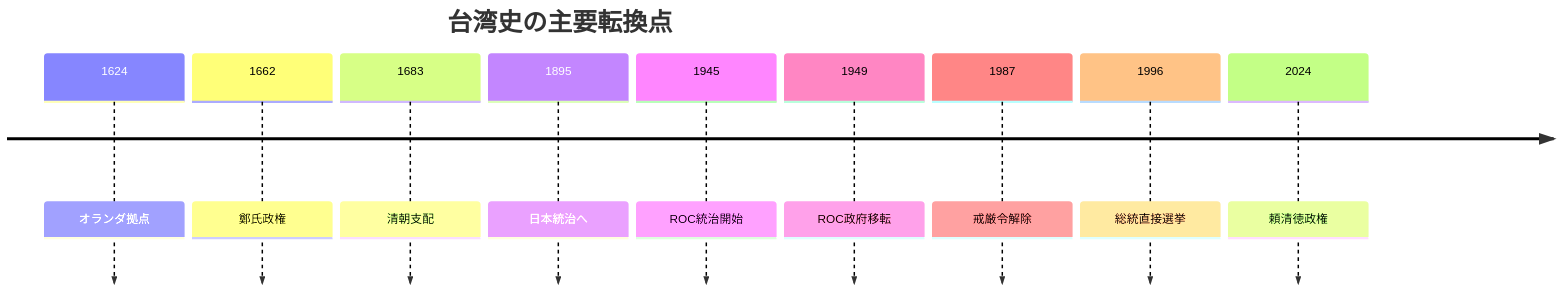
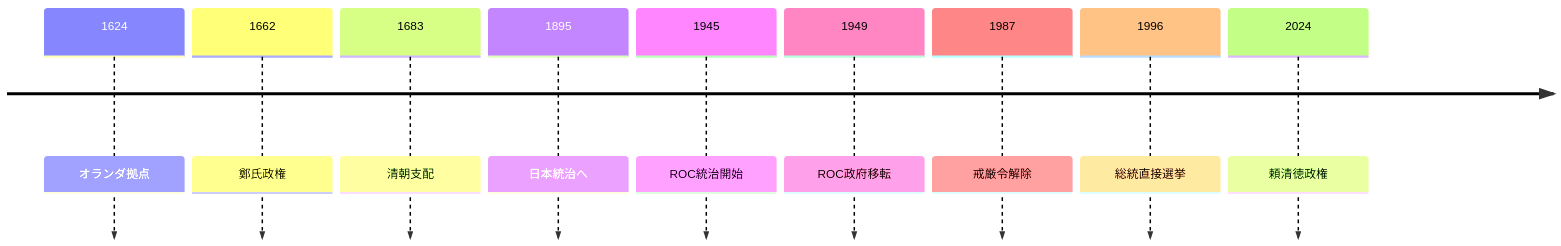
One commit to daylight55/research changed the first of 2 diagrams in articles/report/taiwan-history-cross-strait/ja/index.mdx. Above: the diagram before and after it, drawn with Mermaid. The commit also changed other lines of this file and 181 other files, not shown here.

First line of the commit message:
全記事の図解368点を再生成し、共通注意書きを削除 (#402)

````diff
--- a/articles/report/taiwan-history-cross-strait/ja/index.mdx
+++ b/articles/report/taiwan-history-cross-strait/ja/index.mdx
@@ -31,13 +31,16 @@
 ```mermaid
 timeline
-    title 台湾史の主要転換点
+  accTitle: 台湾の統治主体と民主化の転換点
+  accDescr: 各政権の支配開始と、戒厳令解除・総統直接選挙という民主化の節目を区別する。
+  accTitle: 台湾の統治主体と民主化の転換点
+  accDescr: 各政権の支配開始と、戒厳令解除・総統直接選挙という民主化の節目を区別する。
     1624 : オランダ拠点
     1662 : 鄭氏政権
     1683 : 清朝支配
     1895 : 日本統治へ
     1945 : ROC統治開始
     1949 : ROC政府移転
     1987 : 戒厳令解除
     1996 : 総統直接選挙
     2024 : 頼清徳政権
 ```
````
